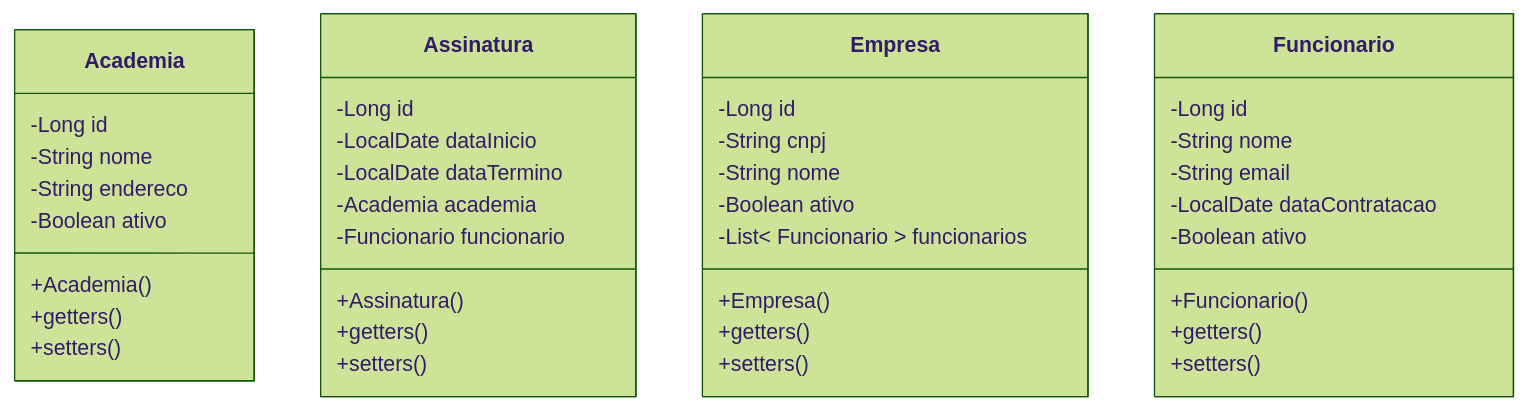
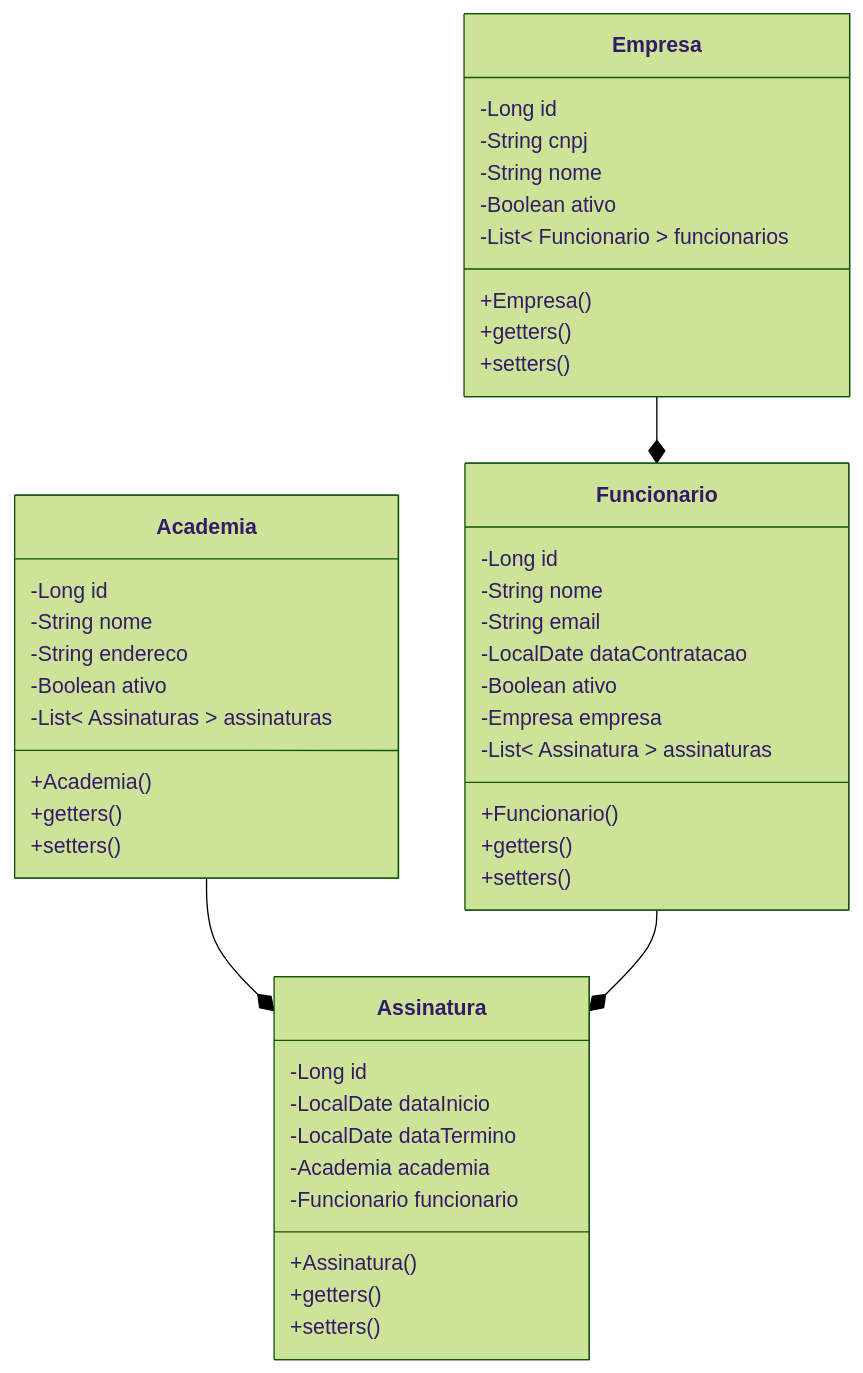
Before and after one commit to heltonricardo/enunciados-exercicios-java: the diagram in exercicios/exercicio-017/versao-001/README.md, drawn with Mermaid (forest theme). The commit also changed other lines of this file, not shown here.

````diff
--- a/exercicios/exercicio-017/versao-001/README.md
+++ b/exercicios/exercicio-017/versao-001/README.md
@@ -105,46 +105,53 @@
 ```mermaid
 classDiagram
 
 class Academia {
   -Long id
   -String nome
   -String endereco
   -Boolean ativo
+  -List< Assinaturas > assinaturas
   +Academia()
   +getters()
   +setters()
 }
 
 class Assinatura {
   -Long id
   -LocalDate dataInicio
   -LocalDate dataTermino
   -Academia academia
   -Funcionario funcionario
   +Assinatura()
   +getters()
   +setters()
 }
 
 class Empresa {
   -Long id
   -String cnpj
   -String nome
   -Boolean ativo
   -List< Funcionario > funcionarios
   +Empresa()
   +getters()
   +setters()
 }
 
 class Funcionario {
   -Long id
   -String nome
   -String email
   -LocalDate dataContratacao
   -Boolean ativo
+  -Empresa empresa
+  -List< Assinatura > assinaturas
   +Funcionario()
   +getters()
   +setters()
 }
+
+Academia --* Assinatura
+Empresa --* Funcionario
+Funcionario --* Assinatura
 ```
````
